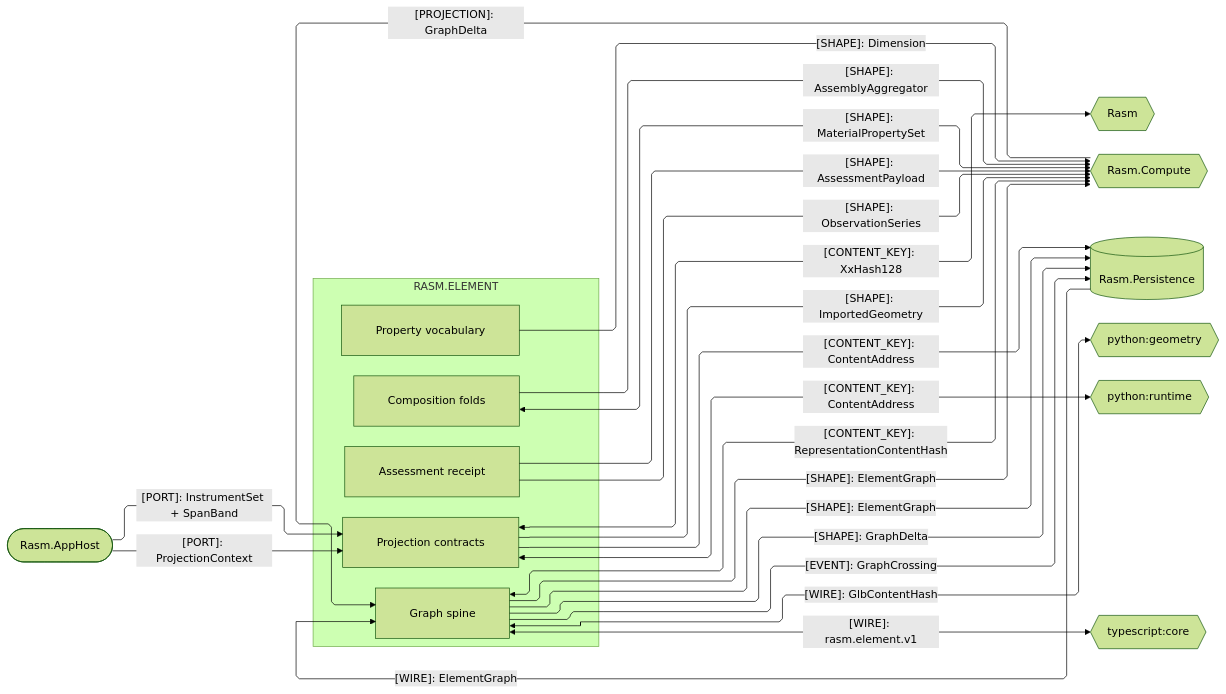
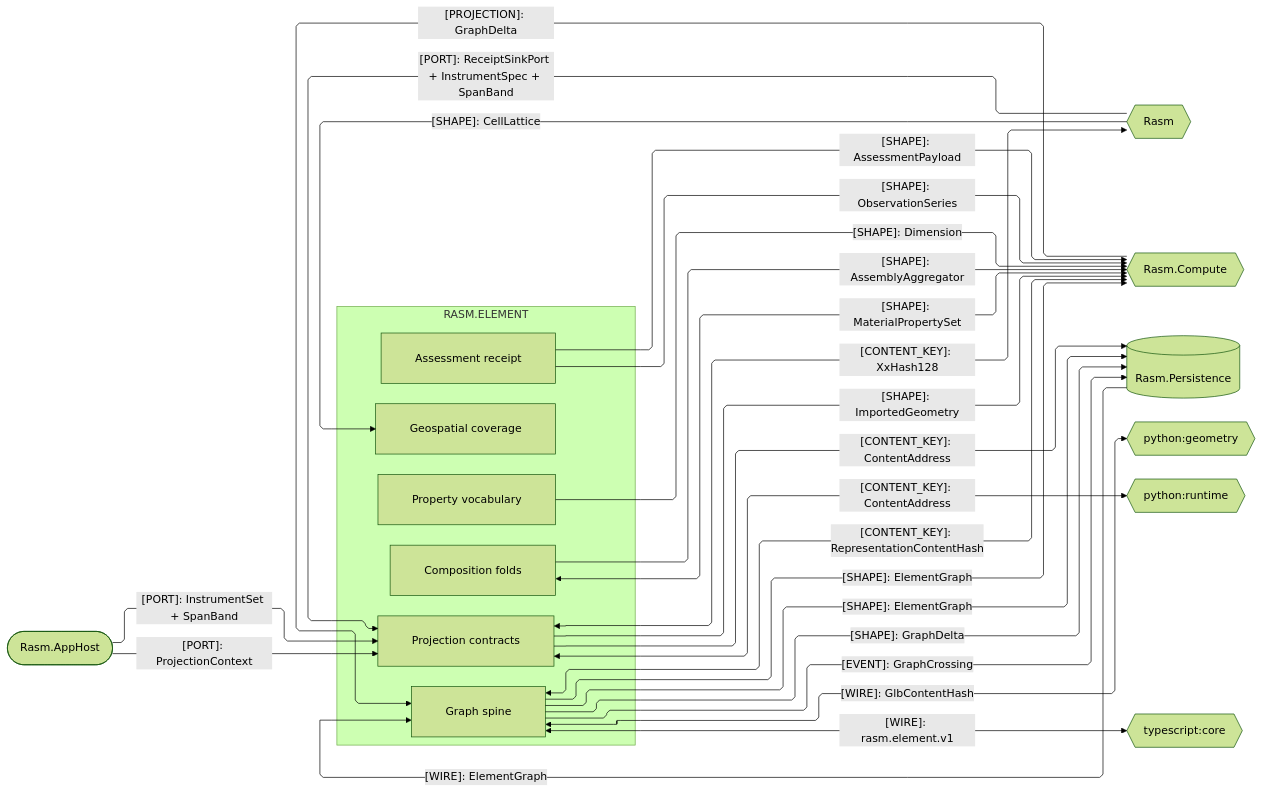
Before and after one commit to bsamiee/Rasm: the third of 4 diagrams in libs/csharp/Rasm.Element/ARCHITECTURE.md, drawn with Mermaid (forest theme). The commit also changed other lines of this file and 115 other files, not shown here.

First line of the commit message:
Land the index-doc, cross-libs planning, and manifest delta

````diff
--- a/libs/csharp/Rasm.Element/ARCHITECTURE.md
+++ b/libs/csharp/Rasm.Element/ARCHITECTURE.md
@@ -176,46 +176,49 @@
 ```mermaid
 ---
 config:
   layout: elk
   flowchart:
     curve: linear
     padding: 25
 ---
 flowchart LR
     accTitle: Element platform and cross-runtime wire seams
-    accDescr: Element sub-domain owners exchanging content keys, shapes, and wires with the kernel, app host, compute, persistence, and the Python and TypeScript peers, one edge per contract family mirrored on the counterpart folder.
+    accDescr: Which content keys, shapes, and wires cross between Element's owners, the kernel, the app platform, and the runtime peers.
     subgraph element[RASM.ELEMENT]
         Graph[Graph spine]
         Projection[Projection contracts]
         Composition[Composition folds]
         Properties[Property vocabulary]
         Assessment[Assessment receipt]
+        Geospatial[Geospatial coverage]
     end
     Rasm{{Rasm}}
     AppHost([Rasm.AppHost])
     Compute{{Rasm.Compute}}
     Persistence[(Rasm.Persistence)]
     Geometry{{python:geometry}}
     Runtime{{python:runtime}}
     Core{{typescript:core}}
-    Projection <-->|"[CONTENT_KEY]: XxHash128"| Rasm
-    AppHost -->|"[PORT]: ProjectionContext"| Projection
-    AppHost -->|"[PORT]: InstrumentSet + SpanBand"| Projection
-    Projection -->|"[CONTENT_KEY]: ContentAddress"| Persistence
-    Graph -->|"[SHAPE]: ElementGraph"| Persistence
-    Graph -->|"[SHAPE]: GraphDelta"| Persistence
-    Graph -->|"[EVENT]: GraphCrossing"| Persistence
-    Persistence -->|"[WIRE]: ElementGraph"| Graph
-    Graph <-->|"[CONTENT_KEY]: RepresentationContentHash"| Compute
-    Composition -->|"[SHAPE]: AssemblyAggregator"| Compute
-    Composition <-->|"[SHAPE]: MaterialPropertySet"| Compute
-    Properties -->|"[SHAPE]: Dimension"| Compute
-    Assessment -->|"[SHAPE]: AssessmentPayload"| Compute
-    Assessment -->|"[SHAPE]: ObservationSeries"| Compute
-    Compute -->|"[PROJECTION]: GraphDelta"| Graph
-    Graph -->|"[SHAPE]: ElementGraph"| Compute
-    Projection -->|"[SHAPE]: ImportedGeometry"| Compute
-    Graph <-->|"[WIRE]: GlbContentHash"| Geometry
-    Projection <-->|"[CONTENT_KEY]: ContentAddress"| Runtime
-    Graph <-->|"[WIRE]: rasm.element.v1"| Core
+    Projection e1@<-->|"[CONTENT_KEY]: XxHash128"| Rasm
+    AppHost e2@-->|"[PORT]: ProjectionContext"| Projection
+    AppHost e3@-->|"[PORT]: InstrumentSet + SpanBand"| Projection
+    Rasm e4@-->|"[PORT]: ReceiptSinkPort + InstrumentSpec + SpanBand"| Projection
+    Rasm e5@-->|"[SHAPE]: CellLattice"| Geospatial
+    Projection e6@-->|"[CONTENT_KEY]: ContentAddress"| Persistence
+    Graph e7@-->|"[SHAPE]: ElementGraph"| Persistence
+    Graph e8@-->|"[SHAPE]: GraphDelta"| Persistence
+    Graph e9@-->|"[EVENT]: GraphCrossing"| Persistence
+    Persistence e10@-->|"[WIRE]: ElementGraph"| Graph
+    Graph e11@<-->|"[CONTENT_KEY]: RepresentationContentHash"| Compute
+    Composition e12@-->|"[SHAPE]: AssemblyAggregator"| Compute
+    Composition e13@<-->|"[SHAPE]: MaterialPropertySet"| Compute
+    Properties e14@-->|"[SHAPE]: Dimension"| Compute
+    Assessment e15@-->|"[SHAPE]: AssessmentPayload"| Compute
+    Assessment e16@-->|"[SHAPE]: ObservationSeries"| Compute
+    Compute e17@-->|"[PROJECTION]: GraphDelta"| Graph
+    Graph e18@-->|"[SHAPE]: ElementGraph"| Compute
+    Projection e19@-->|"[SHAPE]: ImportedGeometry"| Compute
+    Graph e20@<-->|"[WIRE]: GlbContentHash"| Geometry
+    Projection e21@<-->|"[CONTENT_KEY]: ContentAddress"| Runtime
+    Graph e22@<-->|"[WIRE]: rasm.element.v1"| Core
 ```
````
